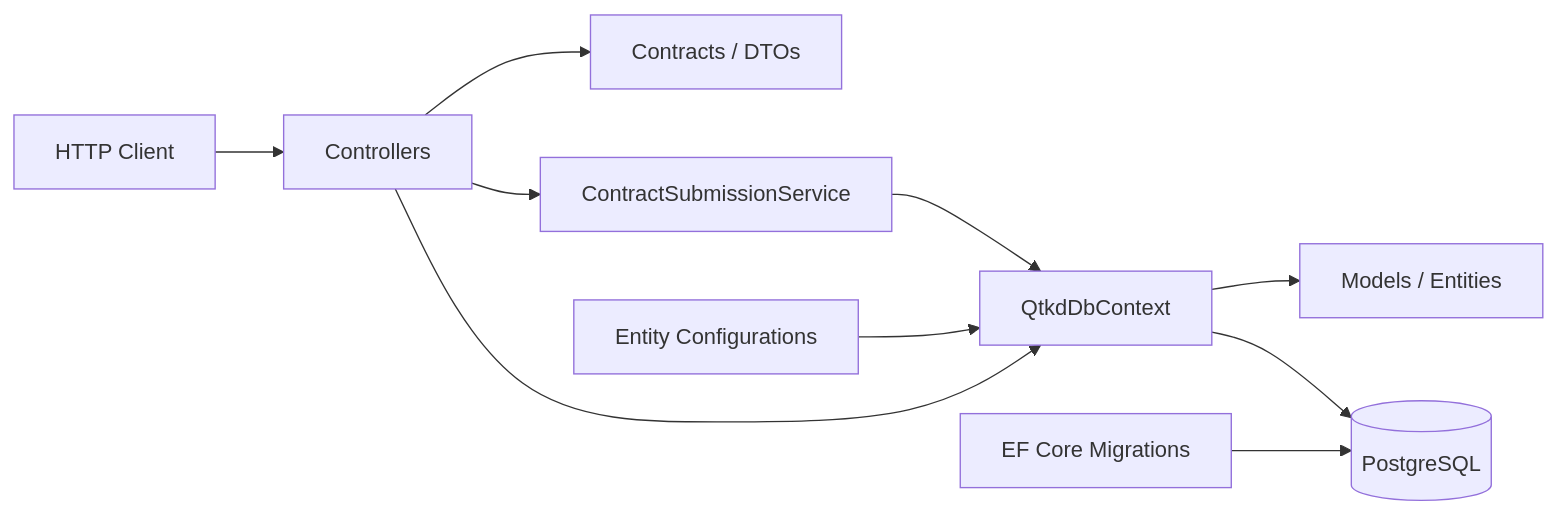
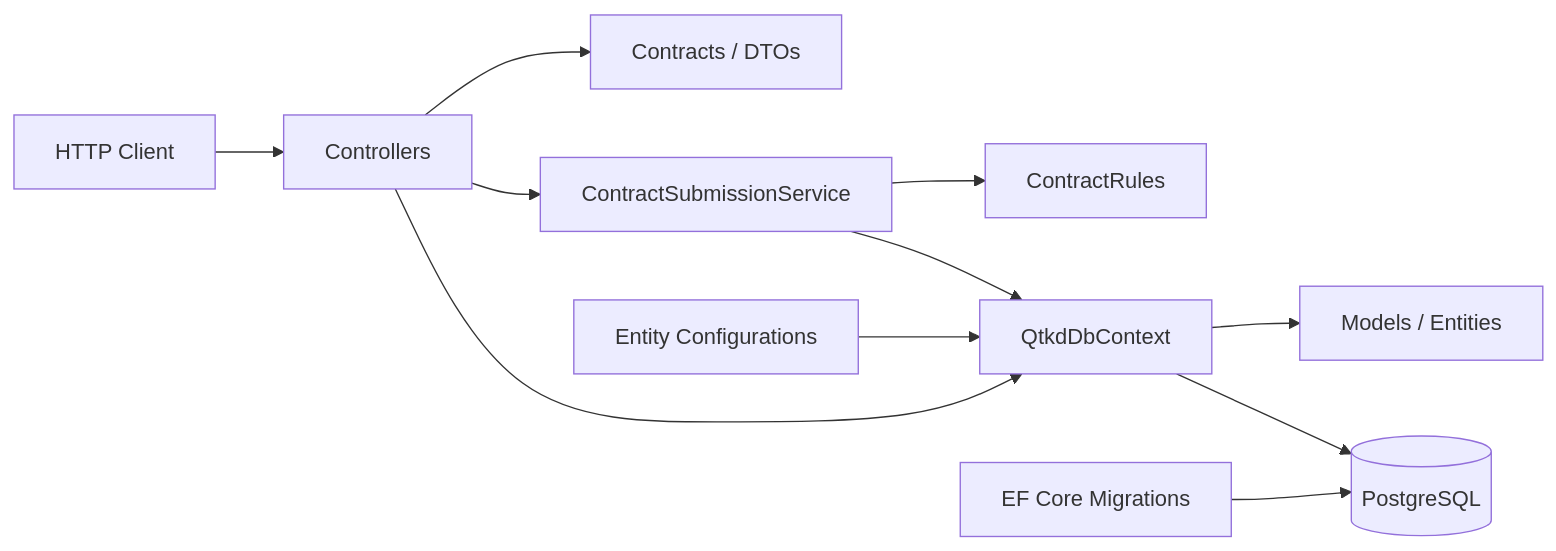
Before and after one commit to Daniel-Engineer-dev/business-management-system: the first of 2 diagrams in README.md, drawn with Mermaid. The commit also changed other lines of this file and 13 other files, not shown here.

````diff
--- a/README.md
+++ b/README.md
@@ -7,12 +18,13 @@
 ```mermaid
 flowchart LR
     Client[HTTP Client] --> Controllers[Controllers]
     Controllers --> ApiContracts[Contracts / DTOs]
     Controllers --> SubmissionService[ContractSubmissionService]
     Controllers --> DbContext[QtkdDbContext]
+    SubmissionService --> Rules[ContractRules]
     SubmissionService --> DbContext
     DbContext --> Models[Models / Entities]
     Configurations[Entity Configurations] --> DbContext
     Migrations[EF Core Migrations] --> Database[(PostgreSQL)]
     DbContext --> Database
 ```
````
